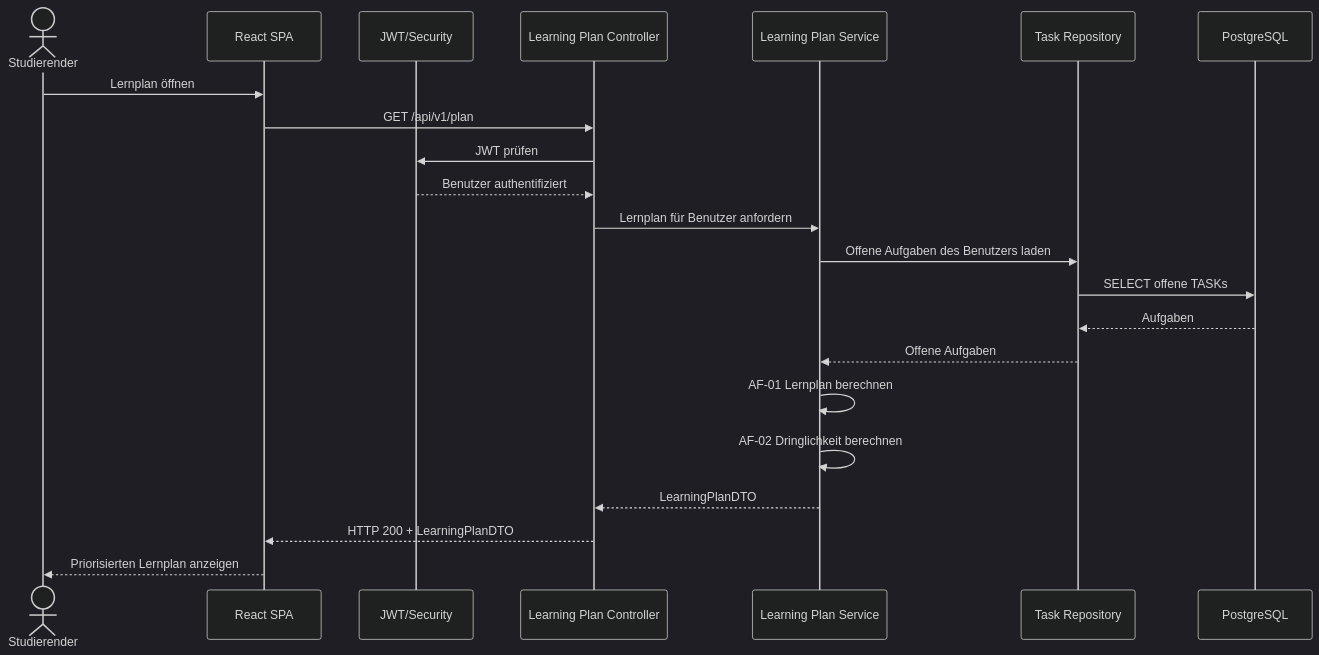
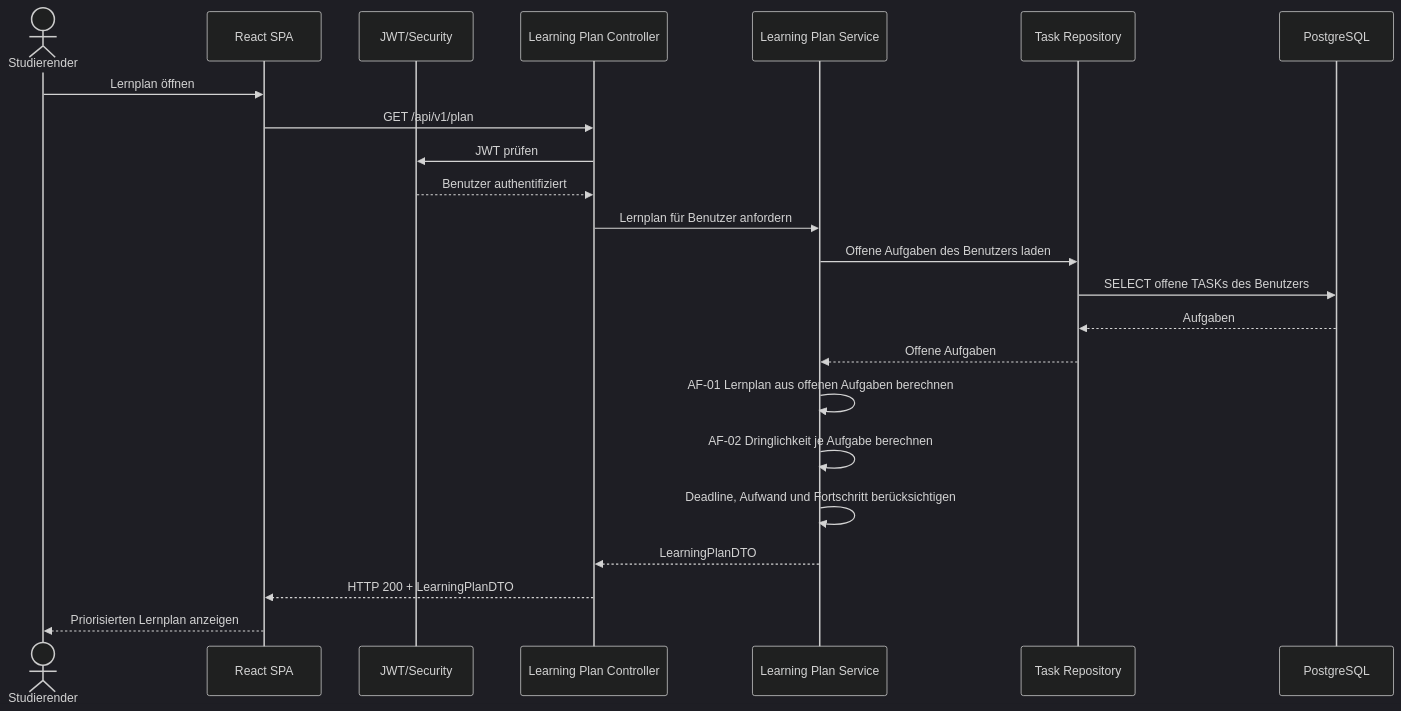
Before and after one commit to nura203/wk1106-wirtschaftsinformatik-projekt-1: the third of 5 diagrams in arch/06-laufzeitsicht.md, drawn with Mermaid (dark theme). The commit also changed other lines of this file, not shown here.

````diff
--- a/arch/06-laufzeitsicht.md
+++ b/arch/06-laufzeitsicht.md
@@ -97,25 +113,26 @@
 ```mermaid
 sequenceDiagram
     actor Nutzer as Studierender
     participant Frontend as React SPA
     participant Security as JWT/Security
     participant Controller as Learning Plan Controller
     participant Service as Learning Plan Service
     participant Repo as Task Repository
     participant DB as PostgreSQL
 
     Nutzer->>Frontend: Lernplan öffnen
     Frontend->>Controller: GET /api/v1/plan
     Controller->>Security: JWT prüfen
     Security-->>Controller: Benutzer authentifiziert
     Controller->>Service: Lernplan für Benutzer anfordern
     Service->>Repo: Offene Aufgaben des Benutzers laden
-    Repo->>DB: SELECT offene TASKs
+    Repo->>DB: SELECT offene TASKs des Benutzers
     DB-->>Repo: Aufgaben
     Repo-->>Service: Offene Aufgaben
-    Service->>Service: AF-01 Lernplan berechnen
-    Service->>Service: AF-02 Dringlichkeit berechnen
+    Service->>Service: AF-01 Lernplan aus offenen Aufgaben berechnen
+    Service->>Service: AF-02 Dringlichkeit je Aufgabe berechnen
+    Service->>Service: Deadline, Aufwand und Fortschritt berücksichtigen
     Service-->>Controller: LearningPlanDTO
     Controller-->>Frontend: HTTP 200 + LearningPlanDTO
     Frontend-->>Nutzer: Priorisierten Lernplan anzeigen
 ```
````
